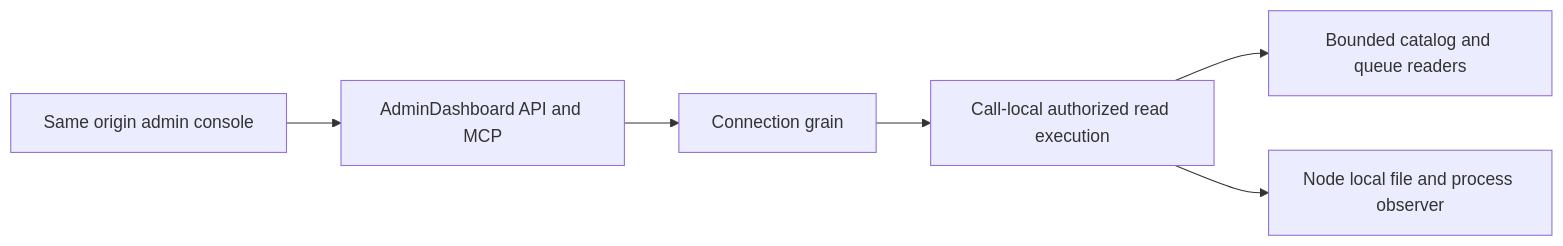
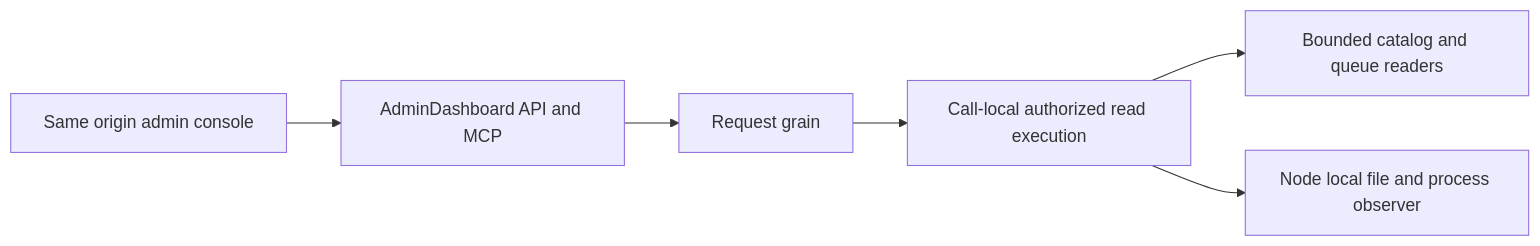
One commit to managedcode/KeyLoad changed diagram 20 of 26 in docs/Architecture.md. Above: the diagram before and after it, drawn with Mermaid. The commit also changed other lines of this file and 27 other files, not shown here.

````diff
--- a/docs/Architecture.md
+++ b/docs/Architecture.md
@@ -676,8 +672,8 @@
 ```mermaid
 flowchart LR
     Admin[Same origin admin console] --> API[AdminDashboard API and MCP]
-    API --> Request[Connection grain]
+    API --> Request[Request grain]
     Request --> Read[Call-local authorized read execution]
     Read --> Core[Bounded catalog and queue readers]
     Read --> Node[Node local file and process observer]
 ```
````
